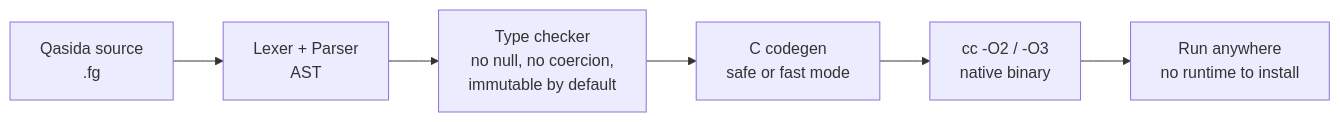
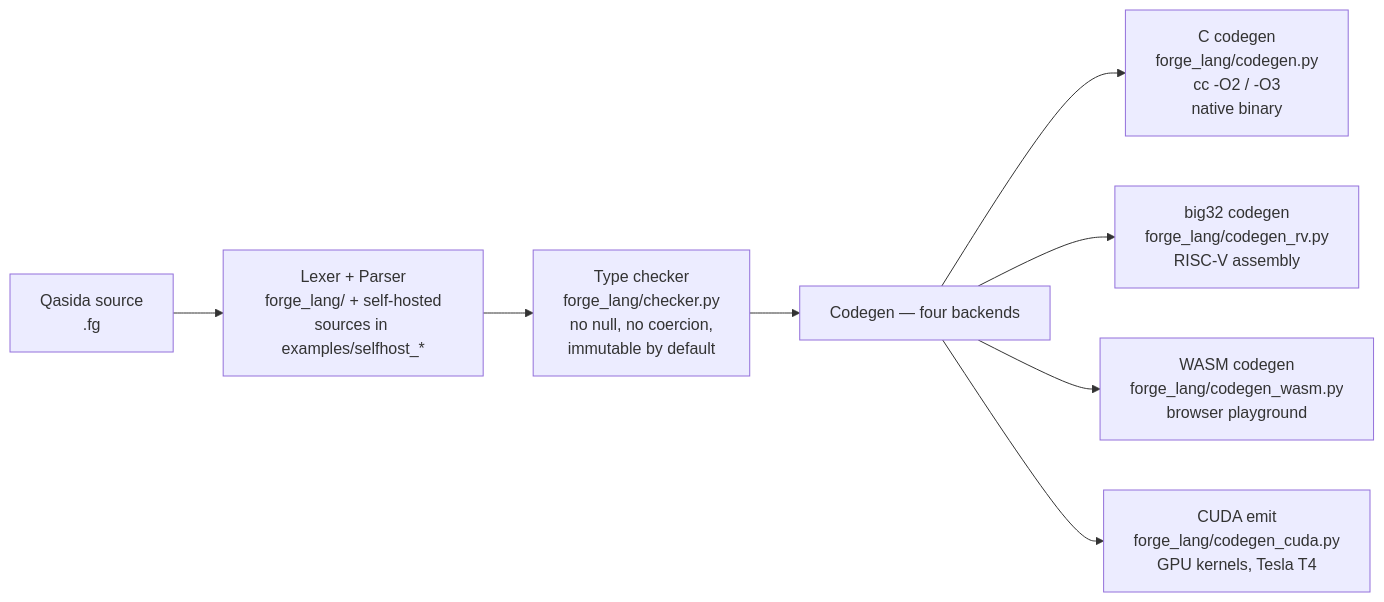
One commit to themythofsisyphusjayant/RED-MOON- changed the first of 2 diagrams in README.md. Above: the diagram before and after it, drawn with Mermaid. The commit also changed other lines of this file and 80 other files, not shown here.

````diff
--- a/README.md
+++ b/README.md
@@ -198,8 +148,10 @@
 ```mermaid
 flowchart LR
-    A[Qasida source<br/>.fg] --> B[Lexer + Parser<br/>AST]
-    B --> C[Type checker<br/>no null, no coercion,<br/>immutable by default]
-    C --> D[C codegen<br/>safe or fast mode]
-    D --> E[cc -O2 / -O3<br/>native binary]
-    E --> F[Run anywhere<br/>no runtime to install]
+    SRC["Qasida source<br/>.fg"] --> LEX["Lexer + Parser<br/>forge_lang/ + self-hosted<br/>sources in examples/selfhost_*"]
+    LEX --> CHK["Type checker<br/>forge_lang/checker.py<br/>no null, no coercion,<br/>immutable by default"]
+    CHK --> CG["Codegen — four backends"]
+    CG --> C["C codegen<br/>forge_lang/codegen.py<br/>cc -O2 / -O3<br/>native binary"]
+    CG --> RV["big32 codegen<br/>forge_lang/codegen_rv.py<br/>RISC-V assembly"]
+    CG --> WASM["WASM codegen<br/>forge_lang/codegen_wasm.py<br/>browser playground"]
+    CG --> CUDA["CUDA emit<br/>forge_lang/codegen_cuda.py<br/>GPU kernels, Tesla T4"]
 ```
````
